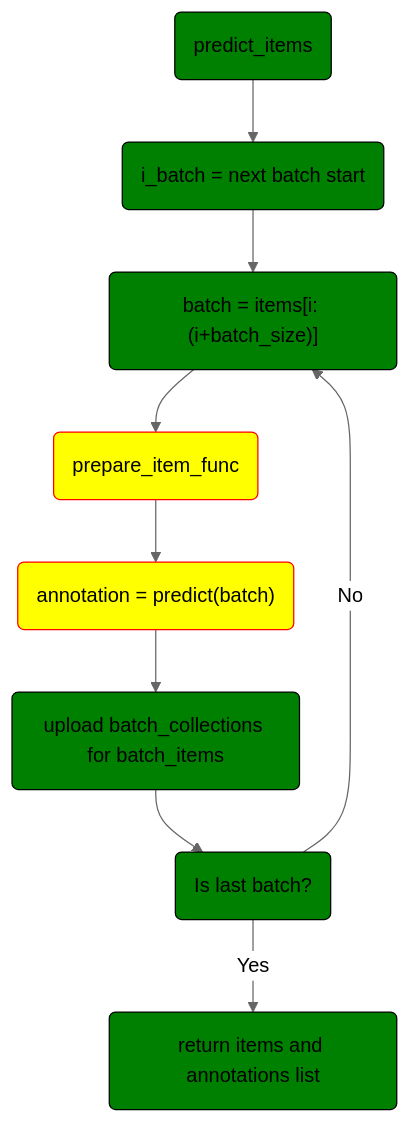
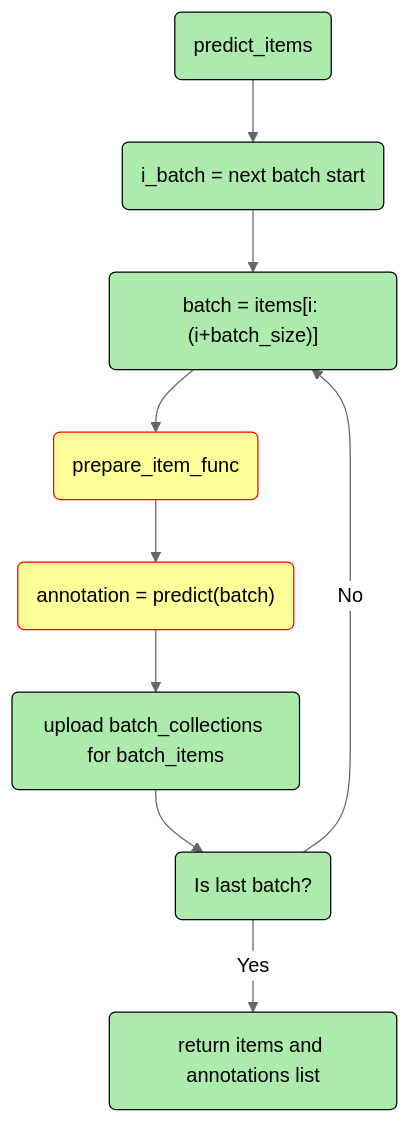
Before and after one commit to dataloop-ai/dtlpy-documentation: the third of 5 diagrams in tutorials/model_management/advance/model_adapter_flows/chapter.md, drawn with Mermaid (neutral theme). The commit also changed other lines of this file and 1 other file, not shown here.

Commit message:
Changing color intensity of the flowchart blocks

````diff
--- a/tutorials/model_management/advance/model_adapter_flows/chapter.md
+++ b/tutorials/model_management/advance/model_adapter_flows/chapter.md
@@ -65,23 +65,23 @@
 ```mermaid
 flowchart TB
     id1(predict_items)-->
     id2(i_batch = next batch start)-->
     id3("batch = items[i: (i+batch_size)]")-->
     id4("prepare_item_func")-->
     id5("annotation = predict(batch)")-->
     id6("upload batch_collections for batch_items")-->
     id7("Is last batch?")
     id8("return items and annotations list")
     id7 -->|No| id3
     id7 -->|Yes| id8
-    style id1 fill:green, stroke: black
-    style id2 fill:green, stroke: black
-    style id3 fill:green, stroke: black
-    style id4 fill:yellow, stroke: red
-    style id5 fill:yellow, stroke: red
-    style id6 fill:green, stroke: black
-    style id7 fill:green, stroke: black
-    style id8 fill:green, stroke: black
+    style id1 fill:#adebad, stroke: black
+    style id2 fill:#adebad, stroke: black
+    style id3 fill:#adebad, stroke: black
+    style id4 fill:#ffff99, stroke: red
+    style id5 fill:#ffff99, stroke: red
+    style id6 fill:#adebad, stroke: black
+    style id7 fill:#adebad, stroke: black
+    style id8 fill:#adebad, stroke: black
     click id4 "./#prepare_item_func"
     click id5 "./#predict"
 ```
````
